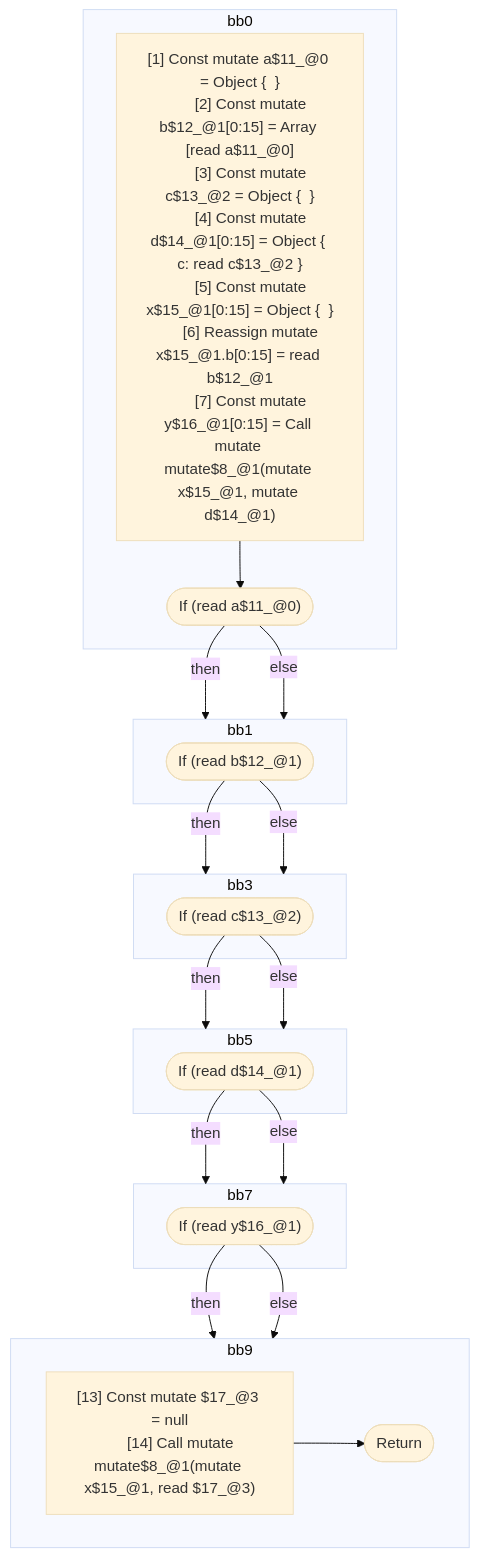
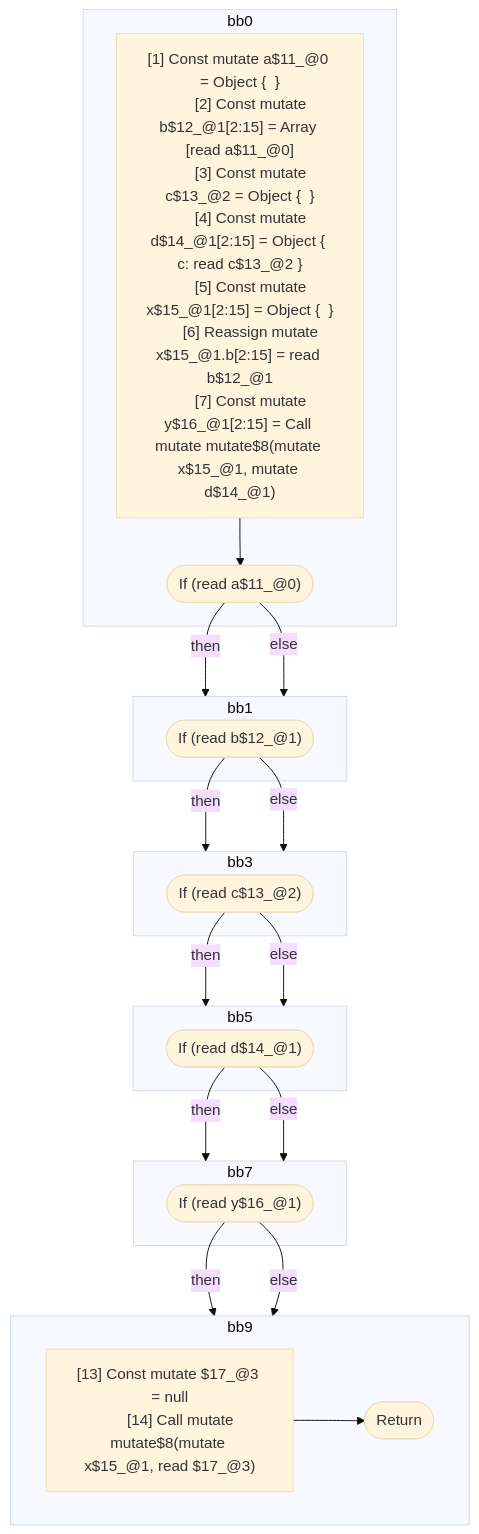
The second of 2 diagrams in compiler/forget/src/__tests__/fixtures/hir/mutable-lifetime-with-aliasing.expect.md (wutsmog/private), drawn with Mermaid (base theme) before and after one commit. The commit also changed other lines of this file and 100 other files, not shown here.

````diff
--- a/compiler/forget/src/__tests__/fixtures/hir/mutable-lifetime-with-aliasing.expect.md
+++ b/compiler/forget/src/__tests__/fixtures/hir/mutable-lifetime-with-aliasing.expect.md
@@ -99,48 +149,48 @@
 ```mermaid
 flowchart TB
   %% Basic Blocks
   subgraph bb0
     bb0_instrs["
       [1] Const mutate a$11_@0 = Object {  }
-      [2] Const mutate b$12_@1[0:15] = Array [read a$11_@0]
+      [2] Const mutate b$12_@1[2:15] = Array [read a$11_@0]
       [3] Const mutate c$13_@2 = Object {  }
-      [4] Const mutate d$14_@1[0:15] = Object { c: read c$13_@2 }
-      [5] Const mutate x$15_@1[0:15] = Object {  }
-      [6] Reassign mutate x$15_@1.b[0:15] = read b$12_@1
-      [7] Const mutate y$16_@1[0:15] = Call mutate mutate$8_@1(mutate x$15_@1, mutate d$14_@1)
+      [4] Const mutate d$14_@1[2:15] = Object { c: read c$13_@2 }
+      [5] Const mutate x$15_@1[2:15] = Object {  }
+      [6] Reassign mutate x$15_@1.b[2:15] = read b$12_@1
+      [7] Const mutate y$16_@1[2:15] = Call mutate mutate$8(mutate x$15_@1, mutate d$14_@1)
     "]
     bb0_instrs --> bb0_terminal(["If (read a$11_@0)"])
   end
   subgraph bb1
     bb1_terminal(["If (read b$12_@1)"])
   end
   subgraph bb3
     bb3_terminal(["If (read c$13_@2)"])
   end
   subgraph bb5
     bb5_terminal(["If (read d$14_@1)"])
   end
   subgraph bb7
     bb7_terminal(["If (read y$16_@1)"])
   end
   subgraph bb9
     bb9_instrs["
       [13] Const mutate $17_@3 = null
-      [14] Call mutate mutate$8_@1(mutate x$15_@1, read $17_@3)
+      [14] Call mutate mutate$8(mutate x$15_@1, read $17_@3)
     "]
     bb9_instrs --> bb9_terminal(["Return"])
   end
 
   %% Jumps
   bb0_terminal -- "then" --> bb1
   bb0_terminal -- "else" --> bb1
   bb1_terminal -- "then" --> bb3
   bb1_terminal -- "else" --> bb3
   bb3_terminal -- "then" --> bb5
   bb3_terminal -- "else" --> bb5
   bb5_terminal -- "then" --> bb7
   bb5_terminal -- "else" --> bb7
   bb7_terminal -- "then" --> bb9
   bb7_terminal -- "else" --> bb9
 
 ```
````
